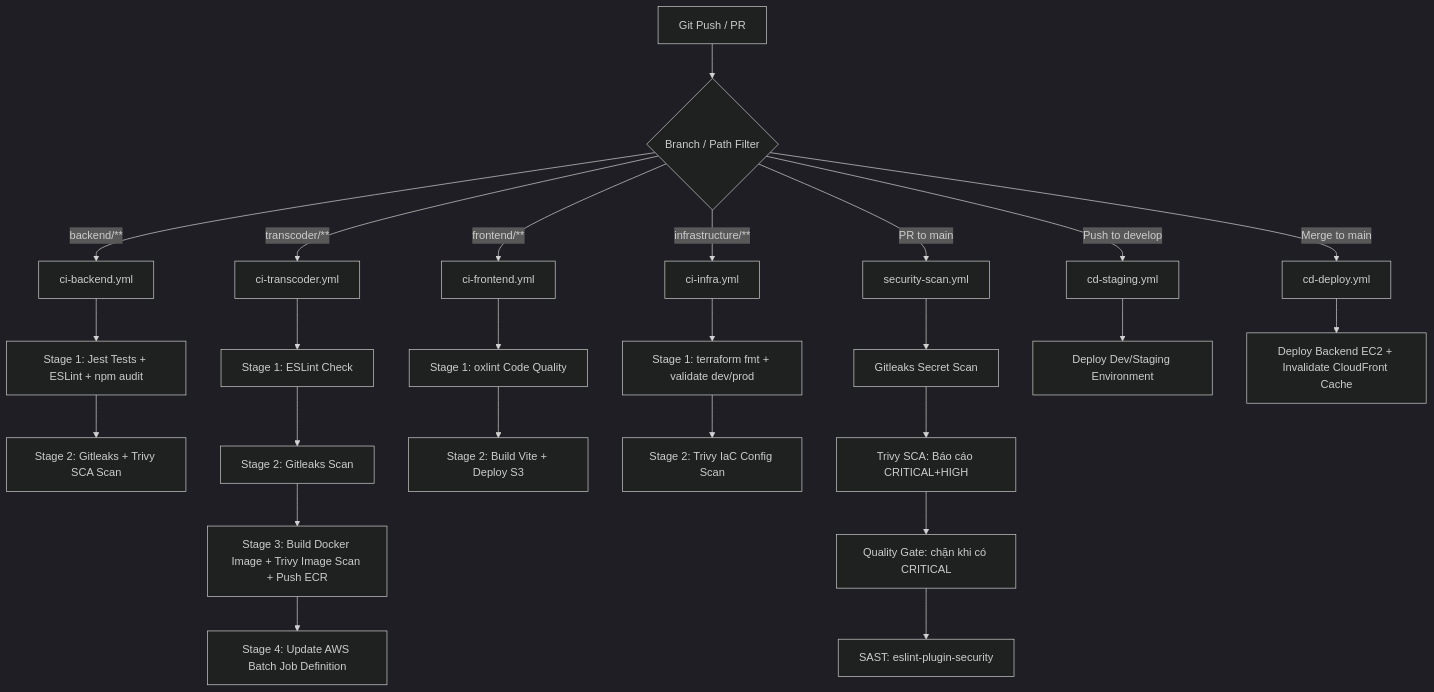
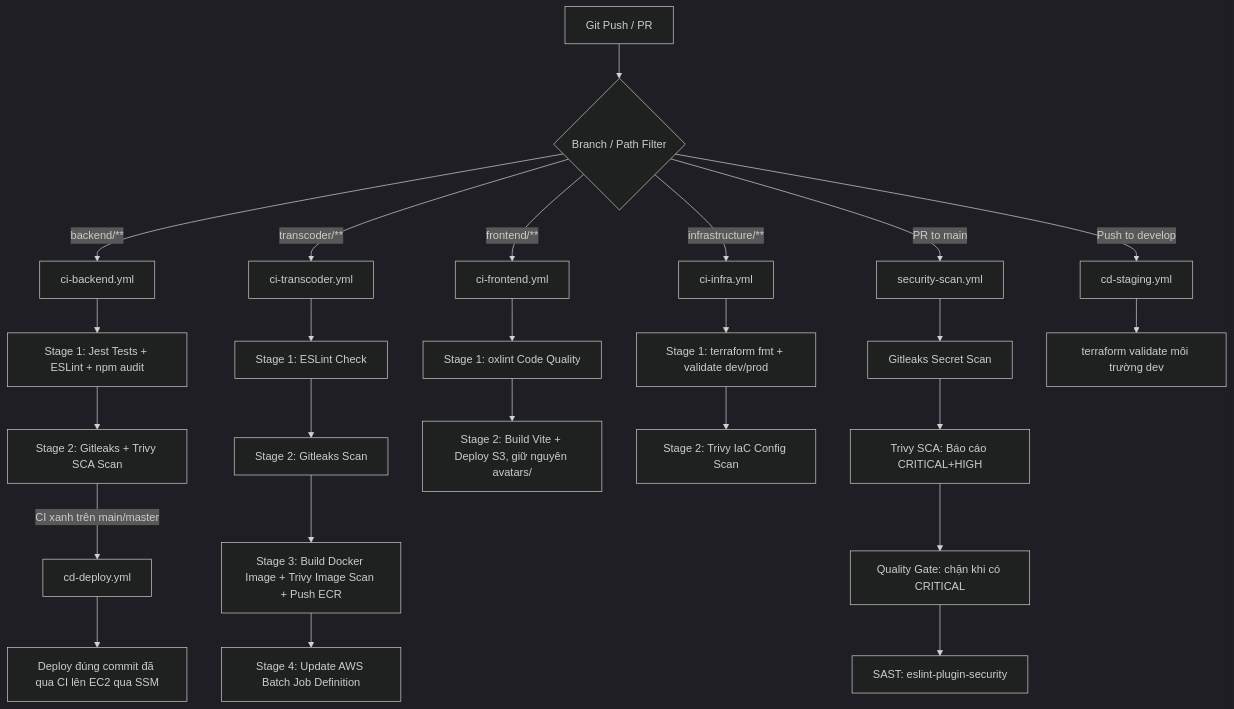
The second of 2 diagrams in README.md (DinhQuocCuong28664/DACNTT_VideoStreaming), drawn with Mermaid (dark theme) before and after one commit. The commit also changed other lines of this file and 1 other file, not shown here.

````diff
--- a/README.md
+++ b/README.md
@@ -157,33 +159,33 @@
 ```mermaid
 graph TD
     A[Git Push / PR] --> B{Branch / Path Filter}
     B -->|backend/**| C[ci-backend.yml]
     B -->|transcoder/**| D[ci-transcoder.yml]
     B -->|frontend/**| G[ci-frontend.yml]
     B -->|infrastructure/**| I[ci-infra.yml]
     B -->|PR to main| E[security-scan.yml]
     B -->|Push to develop| H[cd-staging.yml]
-    B -->|Merge to main| F[cd-deploy.yml]
 
     C --> C1[Stage 1: Jest Tests + ESLint + npm audit]
     C1 --> C2[Stage 2: Gitleaks + Trivy SCA Scan]
+    C2 -->|CI xanh trên main/master| F[cd-deploy.yml]
 
     D --> D1[Stage 1: ESLint Check]
     D1 --> D2[Stage 2: Gitleaks Scan]
     D2 --> D3[Stage 3: Build Docker Image + Trivy Image Scan + Push ECR]
     D3 --> D4[Stage 4: Update AWS Batch Job Definition]
 
     G --> G1[Stage 1: oxlint Code Quality]
-    G1 --> G2[Stage 2: Build Vite + Deploy S3]
+    G1 --> G2[Stage 2: Build Vite + Deploy S3, giữ nguyên avatars/]
 
     I --> I1[Stage 1: terraform fmt + validate dev/prod]
     I1 --> I2[Stage 2: Trivy IaC Config Scan]
 
     E --> E1[Gitleaks Secret Scan]
     E1 --> E2[Trivy SCA: Báo cáo CRITICAL+HIGH]
     E2 --> E3[Quality Gate: chặn khi có CRITICAL]
     E3 --> E4[SAST: eslint-plugin-security]
 
-    H --> H1[Deploy Dev/Staging Environment]
-    F --> F1[Deploy Backend EC2 + Invalidate CloudFront Cache]
+    H --> H1[terraform validate môi trường dev]
+    F --> F1[Deploy đúng commit đã qua CI lên EC2 qua SSM]
 ```
````
